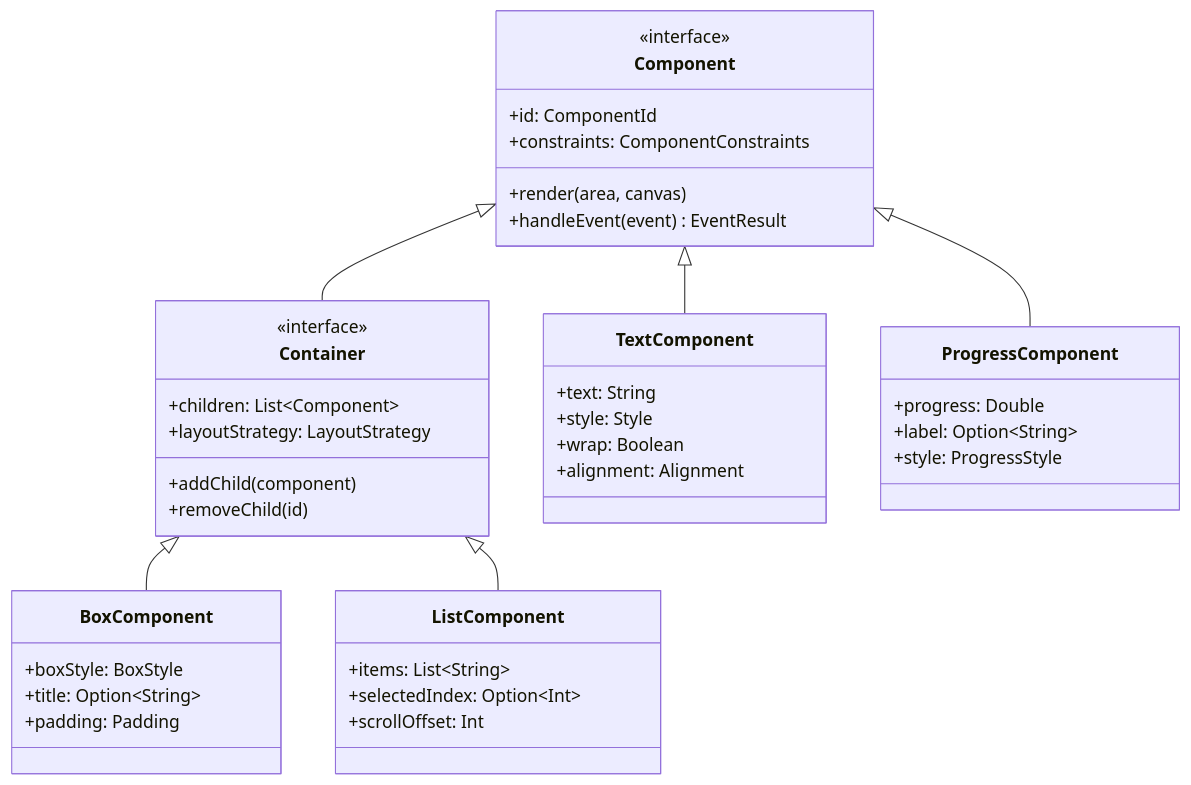
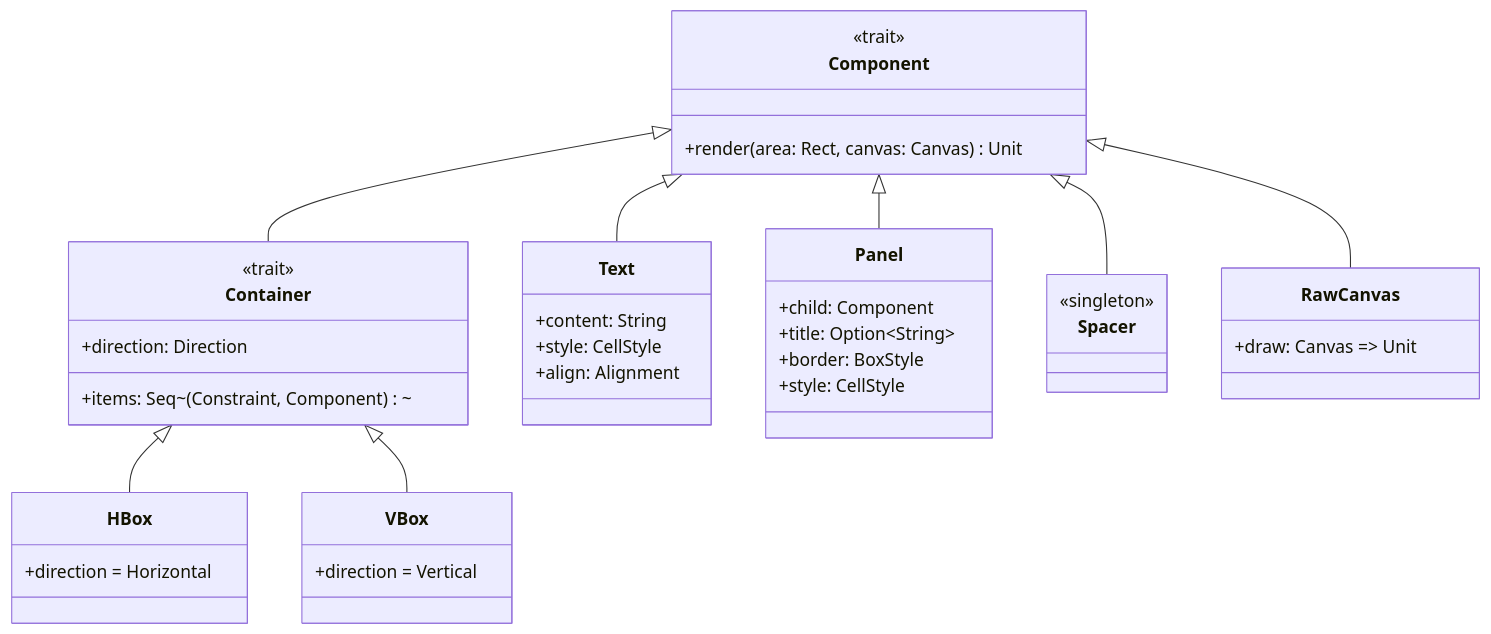
One commit to WickedSik/ws-console changed the eighth of 26 diagrams in docs/terminal-architecture.md. Above: the diagram before and after it, drawn with Mermaid. The commit also changed other lines of this file and 18 other files, not shown here.

First line of the commit message:
Add Layer 4 Component Model with pair-per-child containers

````diff
--- a/docs/terminal-architecture.md
+++ b/docs/terminal-architecture.md
@@ -644,49 +668,43 @@
 ```mermaid
 classDiagram
     class Component {
-        <<interface>>
-        +id: ComponentId
-        +render(area, canvas)
-        +handleEvent(event) EventResult
-        +constraints: ComponentConstraints
+        <<trait>>
+        +render(area: Rect, canvas: Canvas) Unit
     }
 
     class Container {
-        <<interface>>
-        +children: List~Component~
-        +addChild(component)
-        +removeChild(id)
-        +layoutStrategy: LayoutStrategy
+        <<trait>>
+        +items: Seq~(Constraint, Component)~
+        +direction: Direction
     }
 
-    class TextComponent {
-        +text: String
-        +style: Style
-        +wrap: Boolean
-        +alignment: Alignment
+    class HBox { +direction = Horizontal }
+    class VBox { +direction = Vertical   }
+
+    class Text {
+        +content: String
+        +style: CellStyle
+        +align: Alignment
     }
 
-    class ProgressComponent {
-        +progress: Double
-        +label: Option~String~
-        +style: ProgressStyle
+    class Panel {
+        +child: Component
+        +title: Option~String~
+        +border: BoxStyle
+        +style: CellStyle
     }
 
-    class BoxComponent {
-        +boxStyle: BoxStyle
-        +title: Option~String~
-        +padding: Padding
-    }
+    class Spacer { <<singleton>> }
 
-    class ListComponent {
-        +items: List~String~
-        +selectedIndex: Option~Int~
-        +scrollOffset: Int
+    class RawCanvas {
+        +draw: Canvas =&gt; Unit
     }
 
     Component <|-- Container
-    Component <|-- TextComponent
-    Component <|-- ProgressComponent
-    Container <|-- BoxComponent
-    Container <|-- ListComponent
+    Component <|-- Text
+    Component <|-- Panel
+    Component <|-- Spacer
+    Component <|-- RawCanvas
+    Container <|-- HBox
+    Container <|-- VBox
 ```
````
